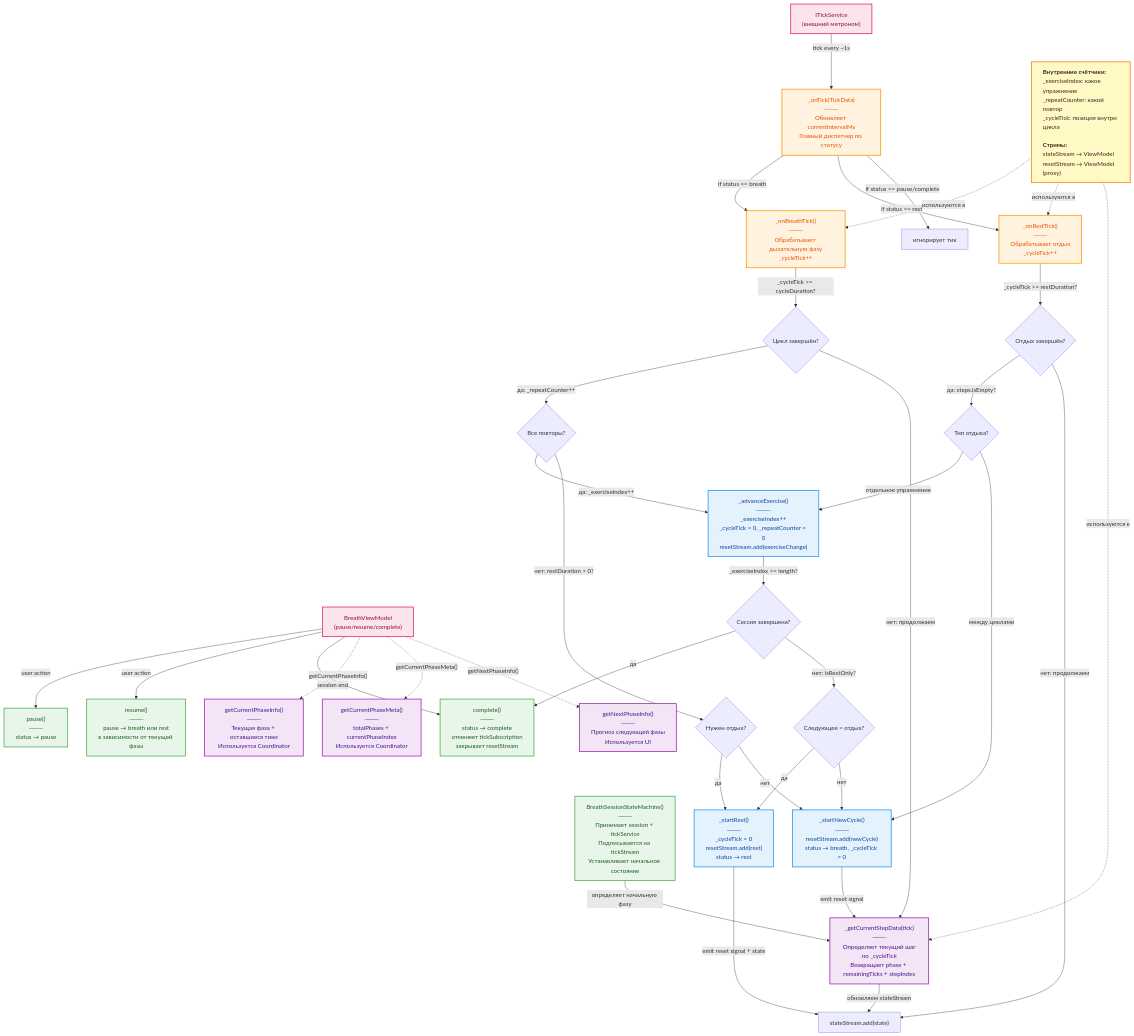
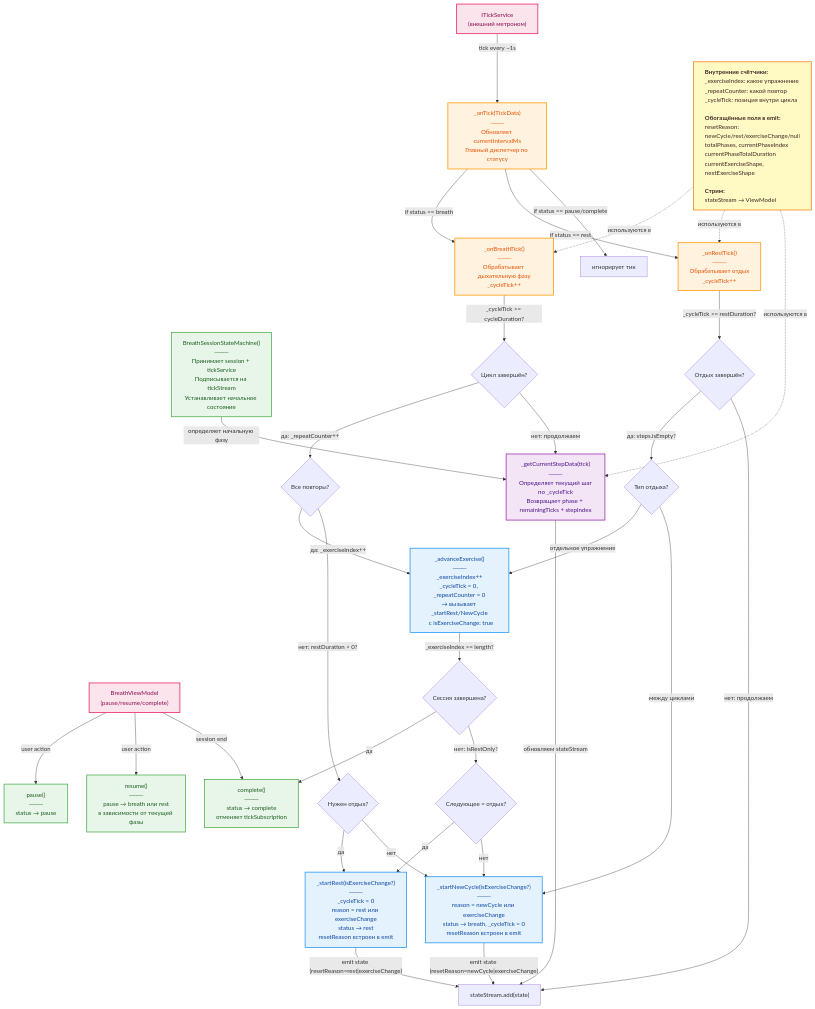
Before and after one commit to mind-systems/mind_mobile: the diagram in docs/breath/session/diagram/state-machine.mmd, drawn with Mermaid. The commit also changed 9 other files, not shown here.

Commit message:
Refactor `BreathSessionStateMachine` to include enriched state fields and migrate session lifecycle logic to `LiveSessionCoordinator`.

```diff
--- a/docs/breath/session/diagram/state-machine.mmd
+++ b/docs/breath/session/diagram/state-machine.mmd
@@ -1,88 +1,78 @@
 flowchart TD
     classDef lifecycle fill:#e8f5e9,stroke:#4caf50,stroke-width:2px,color:#1b5e20
     classDef tick fill:#fff3e0,stroke:#ff9800,stroke-width:2px,color:#e65100
     classDef transition fill:#e3f2fd,stroke:#2196f3,stroke-width:2px,color:#0d47a1
     classDef helper fill:#f3e5f5,stroke:#9c27b0,stroke-width:2px,color:#4a148c
     classDef external fill:#fce4ec,stroke:#e91e63,stroke-width:2px,color:#880e4f
 
     %% Внешние триггеры
     TickService["ITickService<br/>(внешний метроном)"]:::external
     VM["BreathViewModel<br/>(pause/resume/complete)"]:::external
 
     %% Lifecycle
     smInit["BreathSessionStateMachine()<br/>───<br/>Принимает session + tickService<br/>Подписывается на tickStream<br/>Устанавливает начальное состояние"]:::lifecycle
     fnPause["pause()<br/>───<br/>status → pause"]:::lifecycle
     fnResume["resume()<br/>───<br/>pause → breath или rest<br/>в зависимости от текущей фазы"]:::lifecycle
-    fnComplete["complete()<br/>───<br/>status → complete<br/>отменяет tickSubscription<br/>закрывает resetStream"]:::lifecycle
+    fnComplete["complete()<br/>───<br/>status → complete<br/>отменяет tickSubscription"]:::lifecycle
 
     %% Tick обработчики
     onTick["_onTick(TickData)<br/>───<br/>Обновляет currentIntervalMs<br/>Главный диспетчер по статусу"]:::tick
     onBreathTick["_onBreathTick()<br/>───<br/>Обрабатывает дыхательную фазу<br/>_cycleTick++"]:::tick
     onRestTick["_onRestTick()<br/>───<br/>Обрабатывает отдых<br/>_cycleTick++"]:::tick
 
     %% Transition методы
-    startRest["_startRest()<br/>───<br/>_cycleTick = 0<br/>resetStream.add(rest)<br/>status → rest"]:::transition
-    startNewCycle["_startNewCycle()<br/>───<br/>resetStream.add(newCycle)<br/>status → breath, _cycleTick = 0"]:::transition
-    advanceExercise["_advanceExercise()<br/>───<br/>_exerciseIndex++<br/>_cycleTick = 0, _repeatCounter = 0<br/>resetStream.add(exerciseChange)"]:::transition
+    startRest["_startRest(isExerciseChange?)<br/>───<br/>_cycleTick = 0<br/>reason = rest или exerciseChange<br/>status → rest<br/>resetReason встроен в emit"]:::transition
+    startNewCycle["_startNewCycle(isExerciseChange?)<br/>───<br/>reason = newCycle или exerciseChange<br/>status → breath, _cycleTick = 0<br/>resetReason встроен в emit"]:::transition
+    advanceExercise["_advanceExercise()<br/>───<br/>_exerciseIndex++<br/>_cycleTick = 0, _repeatCounter = 0<br/>→ вызывает _startRest/NewCycle<br/>  с isExerciseChange: true"]:::transition
 
     %% Helper методы
     getCurrentStepData["_getCurrentStepData(tick)<br/>───<br/>Определяет текущий шаг<br/>по _cycleTick<br/>Возвращает phase + remainingTicks + stepIndex"]:::helper
-
-    %% Публичные facade-методы
-    getCurrentPhaseInfo["getCurrentPhaseInfo()<br/>───<br/>Текущая фаза + оставшиеся тики<br/>Используется Coordinator"]:::helper
-    getCurrentPhaseMeta["getCurrentPhaseMeta()<br/>───<br/>totalPhases + currentPhaseIndex<br/>Используется Coordinator"]:::helper
-    getNextPhaseInfo["getNextPhaseInfo()<br/>───<br/>Прогноз следующей фазы<br/>Используется UI"]:::helper
 
     %% Основной поток
     TickService -->|"tick every ~1s"| onTick
     VM -->|"user action"| fnPause
     VM -->|"user action"| fnResume
     VM -->|"session end"| fnComplete
 
     smInit -->|"определяет начальную фазу"| getCurrentStepData
 
     onTick -->|"if status == breath"| onBreathTick
     onTick -->|"if status == rest"| onRestTick
     onTick -->|"if status == pause/complete"| IgnoreTick["игнорирует тик"]
 
     %% Логика дыхательного тика
     onBreathTick -->|"_cycleTick >= cycleDuration?"| CheckCycleEnd{"Цикл завершён?"}
     CheckCycleEnd -->|"да: _repeatCounter++"| CheckRepeatEnd{"Все повторы?"}
     CheckRepeatEnd -->|"да: _exerciseIndex++"| advanceExercise
     CheckRepeatEnd -->|"нет: restDuration > 0?"| CheckRestNeeded{"Нужен отдых?"}
     CheckRestNeeded -->|"да"| startRest
     CheckRestNeeded -->|"нет"| startNewCycle
 
     CheckCycleEnd -->|"нет: продолжаем"| getCurrentStepData
     getCurrentStepData -->|"обновляем stateStream"| EmitState["stateStream.add(state)"]
 
     %% Логика тика отдыха
     onRestTick -->|"_cycleTick >= restDuration?"| CheckRestEnd{"Отдых завершён?"}
     CheckRestEnd -->|"да: steps.isEmpty?"| CheckRestType{"Тип отдыха?"}
     CheckRestType -->|"отдельное упражнение"| advanceExercise
     CheckRestType -->|"между циклами"| startNewCycle
     CheckRestEnd -->|"нет: продолжаем"| EmitState
 
     %% Переходы
     advanceExercise -->|"_exerciseIndex >= length?"| CheckSessionEnd{"Сессия завершена?"}
     CheckSessionEnd -->|"да"| fnComplete
     CheckSessionEnd -->|"нет: isRestOnly?"| CheckNextType{"Следующее = отдых?"}
     CheckNextType -->|"да"| startRest
     CheckNextType -->|"нет"| startNewCycle
 
-    startRest -->|"emit reset signal + state"| EmitState
-    startNewCycle -->|"emit reset signal"| getCurrentStepData
-
-    %% UI facade запросы
-    VM -.->|"getCurrentPhaseInfo()"| getCurrentPhaseInfo
-    VM -.->|"getCurrentPhaseMeta()"| getCurrentPhaseMeta
-    VM -.->|"getNextPhaseInfo()"| getNextPhaseInfo
+    startRest -->|"emit state (resetReason=rest|exerciseChange)"| EmitState
+    startNewCycle -->|"emit state (resetReason=newCycle|exerciseChange)"| EmitState
 
     %% Ключевые переменные
-    Variables["<b>Внутренние счётчики:</b><br/>_exerciseIndex: какое упражнение<br/>_repeatCounter: какой повтор<br/>_cycleTick: позиция внутри цикла<br/><br/><b>Стримы:</b><br/>stateStream → ViewModel<br/>resetStream → ViewModel (proxy)"]
+    Variables["<b>Внутренние счётчики:</b><br/>_exerciseIndex: какое упражнение<br/>_repeatCounter: какой повтор<br/>_cycleTick: позиция внутри цикла<br/><br/><b>Обогащённые поля в emit:</b><br/>resetReason: newCycle/rest/exerciseChange/null<br/>totalPhases, currentPhaseIndex<br/>currentPhaseTotalDuration<br/>currentExerciseShape, nextExerciseShape<br/><br/><b>Стрим:</b><br/>stateStream → ViewModel"]
 
     style Variables fill:#fff9c4,stroke:#f57f17,stroke-width:2px,color:#3e2723,text-align:left
 
     Variables -.->|"используются в"| onBreathTick
     Variables -.->|"используются в"| onRestTick
     Variables -.->|"используются в"| getCurrentStepData
```
